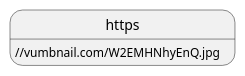
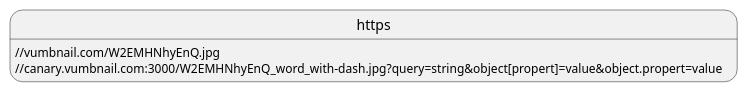
One commit to ThatGuySam/url-syntax-highlighting changed the second of 2 diagrams in README.md. Above: the diagram before and after it, drawn with PlantUML. The commit also changed other lines of this file, not shown here.

````diff
--- a/README.md
+++ b/README.md
@@ -2590,3 +3329,4 @@
 ```PlantUML
 https://vumbnail.com/W2EMHNhyEnQ.jpg
+https://canary.vumbnail.com:3000/W2EMHNhyEnQ_word_with-dash.jpg?query=string&object[propert]=value&object.propert=value
 ```
````
